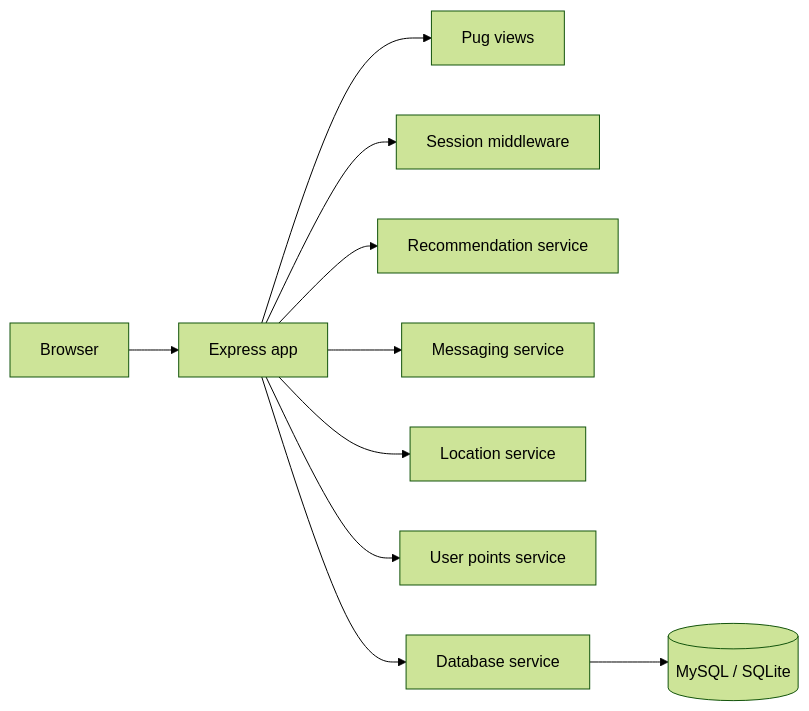
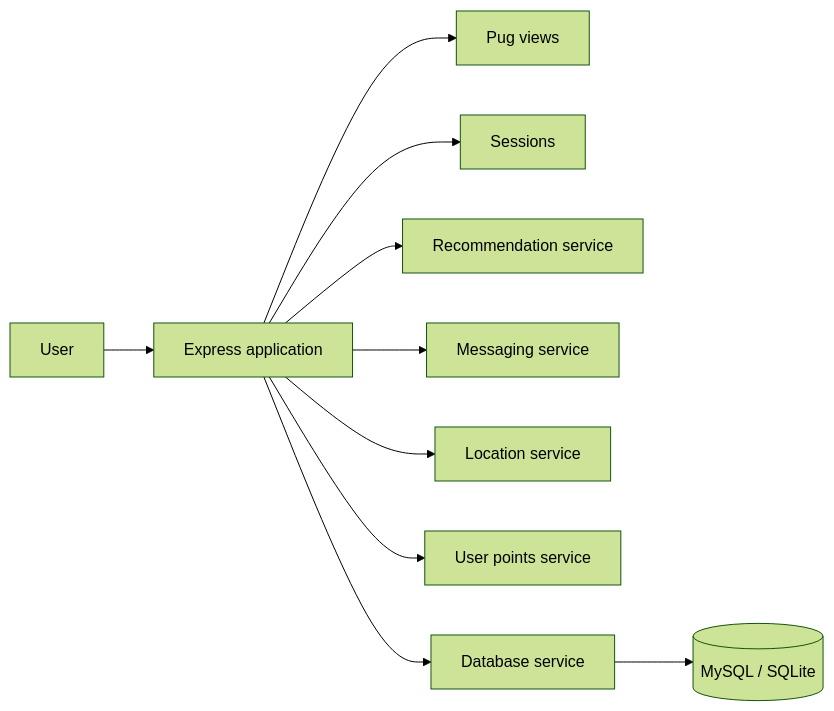
Before and after one commit to ibrahimm2106/Software-Engineering-Project: the diagram in README.md, drawn with Mermaid (forest theme). The commit also changed other lines of this file, not shown here.

````diff
--- a/README.md
+++ b/README.md
@@ -76,12 +73,12 @@
 ```mermaid
 flowchart LR
-    A[Browser] --> B[Express app]
+    A[User] --> B[Express application]
     B --> C[Pug views]
-    B --> D[Session middleware]
+    B --> D[Sessions]
     B --> E[Recommendation service]
     B --> F[Messaging service]
     B --> G[Location service]
     B --> H[User points service]
     B --> I[Database service]
     I --> J[(MySQL / SQLite)]
 ```
````
